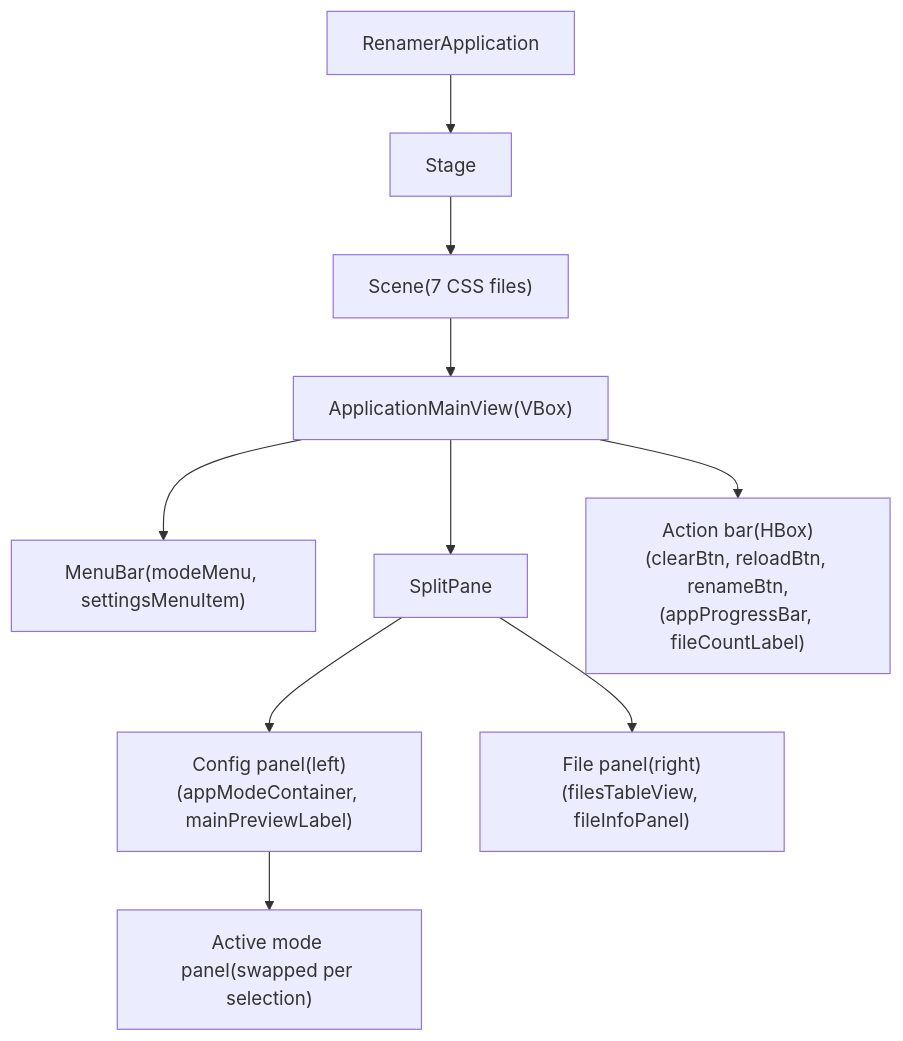
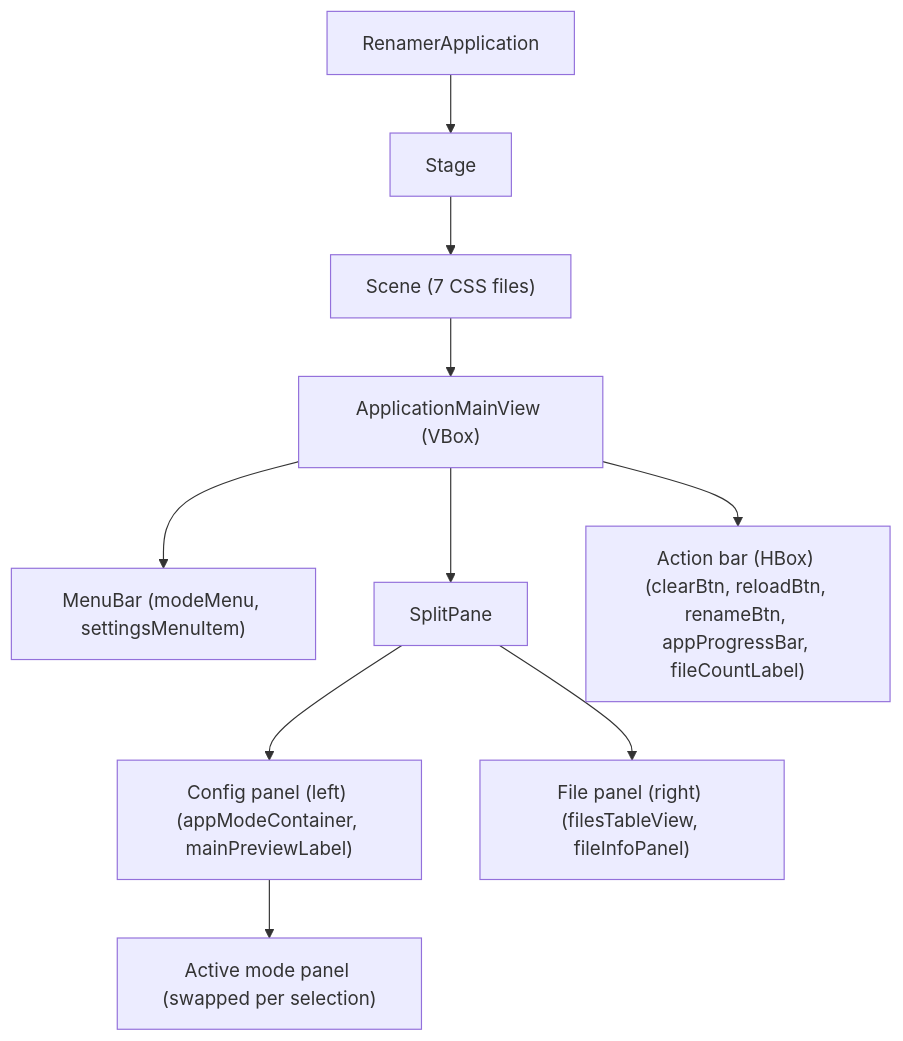
Before and after one commit to sanyokkua/renamer_app: the diagram in docs/developers/reference/ui-architecture.md, drawn with Mermaid. The commit also changed other lines of this file and 25 other files, not shown here.

````diff
--- a/docs/developers/reference/ui-architecture.md
+++ b/docs/developers/reference/ui-architecture.md
@@ -62,12 +59,12 @@
 ```mermaid
 graph TD
     App["RenamerApplication"] --> Stage
-    Stage --> Scene["Scene#40;7 CSS files#41;"]
-    Scene --> MainView["ApplicationMainView#40;VBox#41;"]
-    MainView --> MenuBar["MenuBar#40;modeMenu, settingsMenuItem#41;"]
+    Stage --> Scene["Scene (7 CSS files)"]
+    Scene --> MainView["ApplicationMainView (VBox)"]
+    MainView --> MenuBar["MenuBar (modeMenu, settingsMenuItem)"]
     MainView --> SplitPane["SplitPane"]
-    MainView --> ActionBar["Action bar#40;HBox#41;#40;clearBtn, reloadBtn, renameBtn,#40;appProgressBar, fileCountLabel#41;"]
-    SplitPane --> ConfigPanel["Config panel#40;left#41;#40;appModeContainer, mainPreviewLabel#41;"]
-    SplitPane --> FilePanel["File panel#40;right#41;#40;filesTableView, fileInfoPanel#41;"]
-    ConfigPanel --> ModePanel["Active mode panel#40;swapped per selection#41;"]
+    MainView --> ActionBar["Action bar (HBox) (clearBtn, reloadBtn, renameBtn, appProgressBar, fileCountLabel)"]
+    SplitPane --> ConfigPanel["Config panel (left) (appModeContainer, mainPreviewLabel)"]
+    SplitPane --> FilePanel["File panel (right) (filesTableView, fileInfoPanel)"]
+    ConfigPanel --> ModePanel["Active mode panel (swapped per selection)"]
 ```
````
